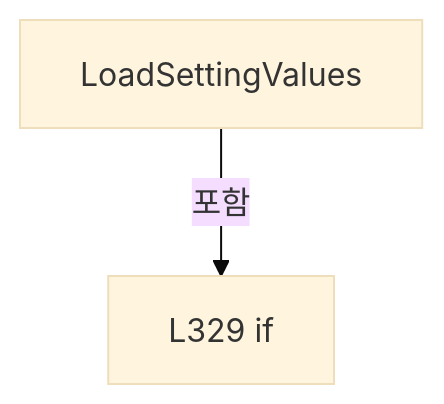
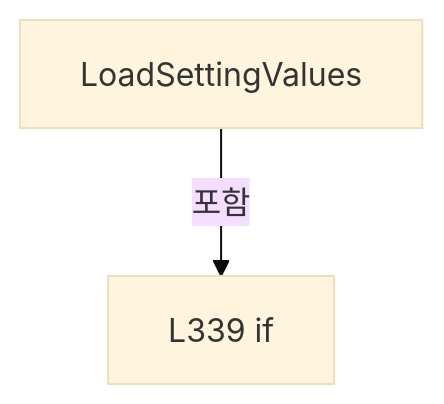
One commit to kjuws10-rgb/Shared changed the seventh of 17 diagrams in A3 LD Code Ref/files/Drilling.File/JHMI/CSettingFile.cs.md. Above: the diagram before and after it, drawn with Mermaid (base theme). The commit also changed other lines of this file and 2071 other files, not shown here.

Commit message:
docs(a3): update 11.19.0 architecture and code reference

````diff
--- a/A3 LD Code Ref/files/Drilling.File/JHMI/CSettingFile.cs.md
+++ b/A3 LD Code Ref/files/Drilling.File/JHMI/CSettingFile.cs.md
@@ -1336,6 +1346,6 @@
 ```mermaid
 flowchart TD
  M["LoadSettingValues"]
- N0["L329 if"]
+ N0["L339 if"]
  M -->|포함| N0
 ```
````
